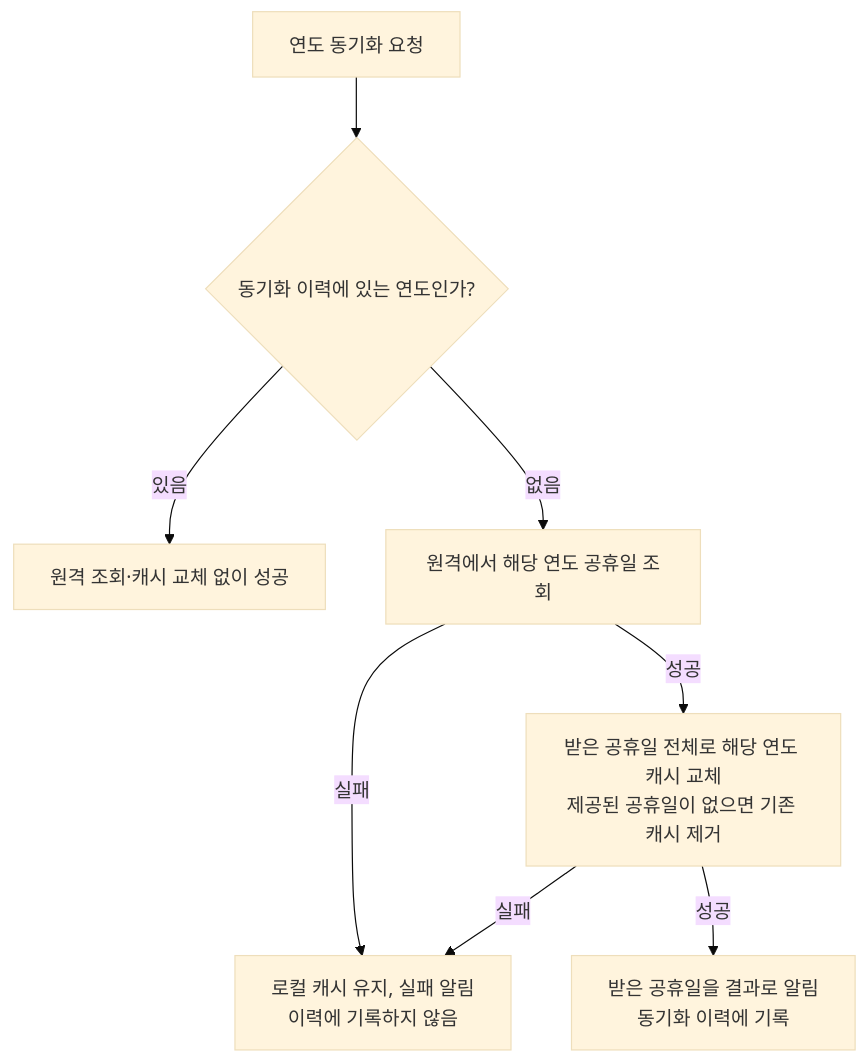
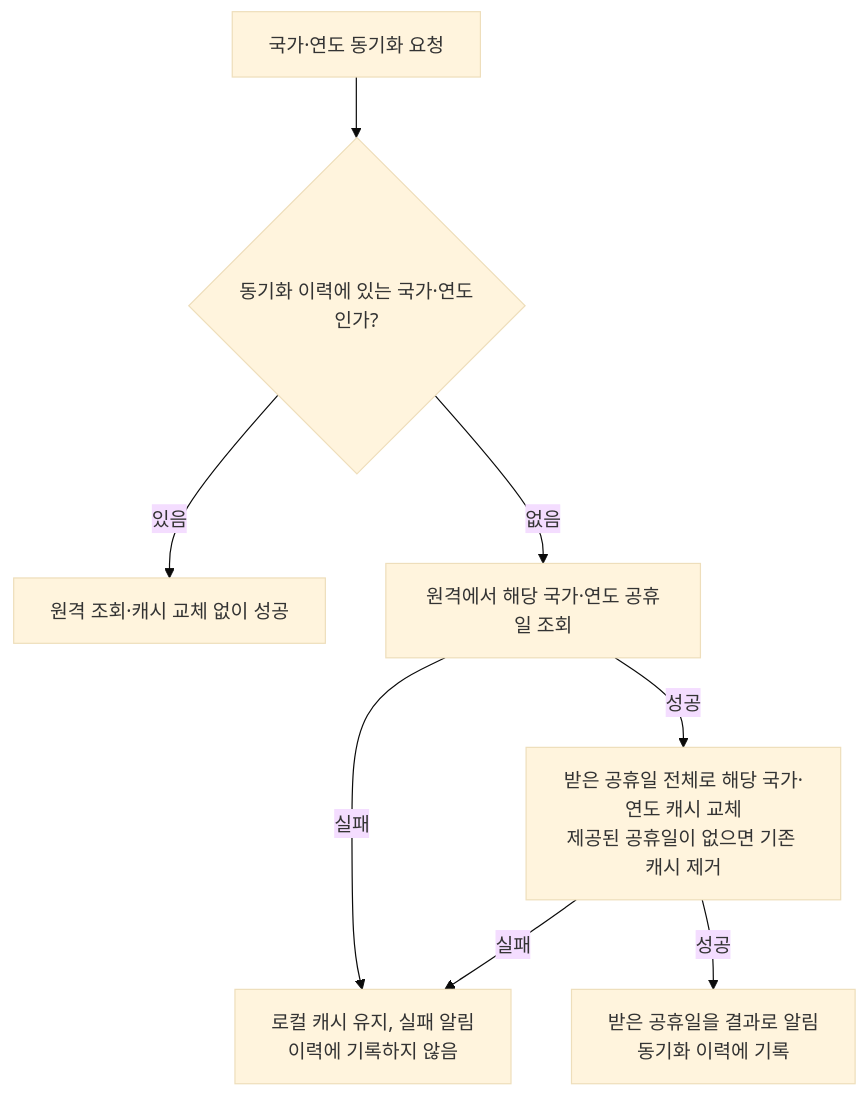
One commit to taetae98coding/DiaryKMP changed the diagram in docs/spec/holiday-fetch.md. Above: the diagram before and after it, drawn with Mermaid (base theme). The commit also changed other lines of this file and 16 other files, not shown here.

````diff
--- a/docs/spec/holiday-fetch.md
+++ b/docs/spec/holiday-fetch.md
@@ -43,10 +55,10 @@
 ```mermaid
 flowchart TD
-    req["연도 동기화 요청"] --> hist{"동기화 이력에 있는 연도인가?"}
+    req["국가·연도 동기화 요청"] --> hist{"동기화 이력에 있는 국가·연도인가?"}
     hist -- 있음 --> skip["원격 조회·캐시 교체 없이 성공"]
-    hist -- 없음 --> remote["원격에서 해당 연도 공휴일 조회"]
+    hist -- 없음 --> remote["원격에서 해당 국가·연도 공휴일 조회"]
     remote -- 실패 --> fail["로컬 캐시 유지, 실패 알림<br/>이력에 기록하지 않음"]
-    remote -- 성공 --> replace["받은 공휴일 전체로 해당 연도 캐시 교체<br/>제공된 공휴일이 없으면 기존 캐시 제거"]
+    remote -- 성공 --> replace["받은 공휴일 전체로 해당 국가·연도 캐시 교체<br/>제공된 공휴일이 없으면 기존 캐시 제거"]
     replace -- 실패 --> fail
     replace -- 성공 --> done["받은 공휴일을 결과로 알림<br/>동기화 이력에 기록"]
 ```
````
